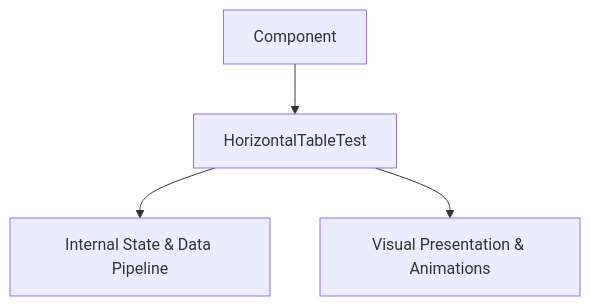
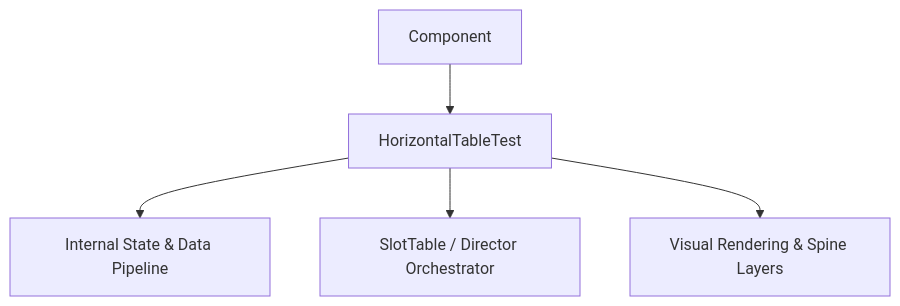
One commit to lam-ark/mcp-fwcc changed the diagram in docs/cc_slot_mechanics/modules/HorizontalTableTest/01_overview/01_architecture_and_role.md. Above: the diagram before and after it, drawn with Mermaid. The commit also changed other lines of this file and 2509 other files, not shown here.

````diff
--- a/docs/cc_slot_mechanics/modules/HorizontalTableTest/01_overview/01_architecture_and_role.md
+++ b/docs/cc_slot_mechanics/modules/HorizontalTableTest/01_overview/01_architecture_and_role.md
@@ -18,6 +24,7 @@
 ```mermaid
 graph TD
-    Parent[Component] --> Mod[HorizontalTableTest]
-    Mod --> State[Internal State & Data Pipeline]
-    Mod --> Render[Visual Presentation & Animations]
+    SuperClass[Component] --> TargetClass[HorizontalTableTest]
+    TargetClass --> DataPipeline[Internal State & Data Pipeline]
+    TargetClass --> Orchestrator[SlotTable / Director Orchestrator]
+    TargetClass --> ViewLayer[Visual Rendering & Spine Layers]
 ```
````
